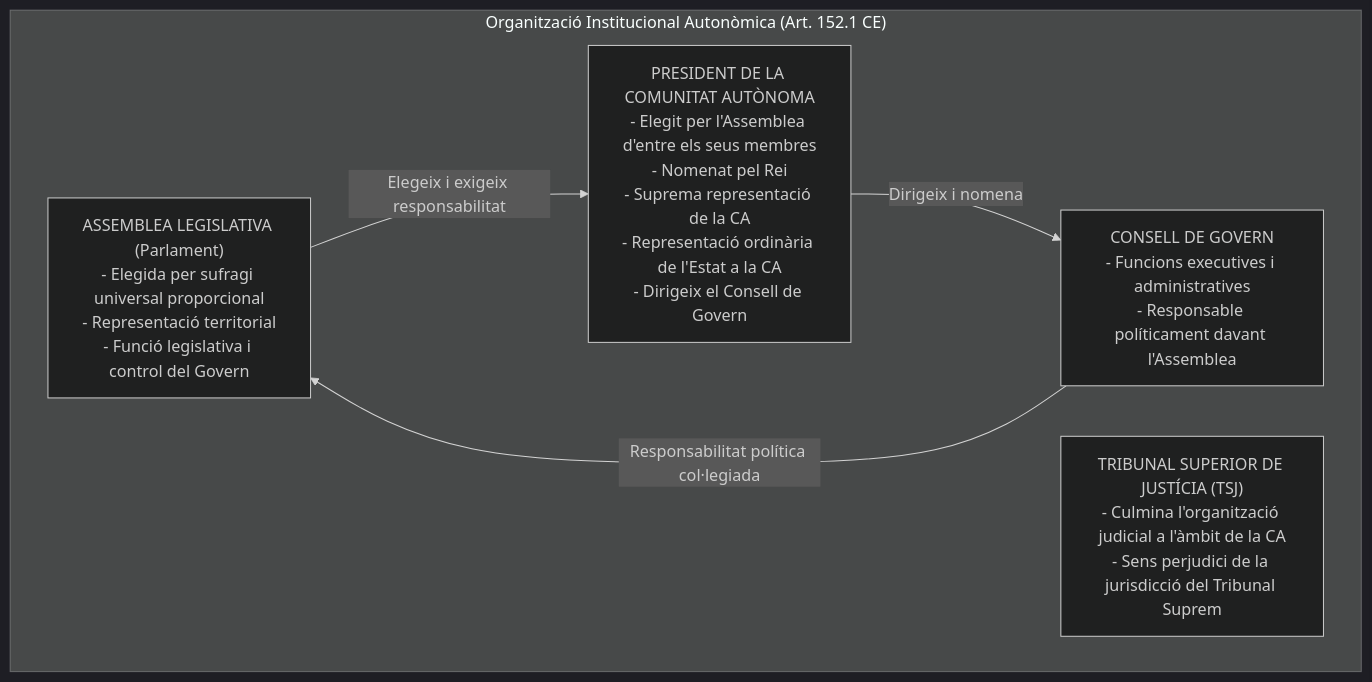
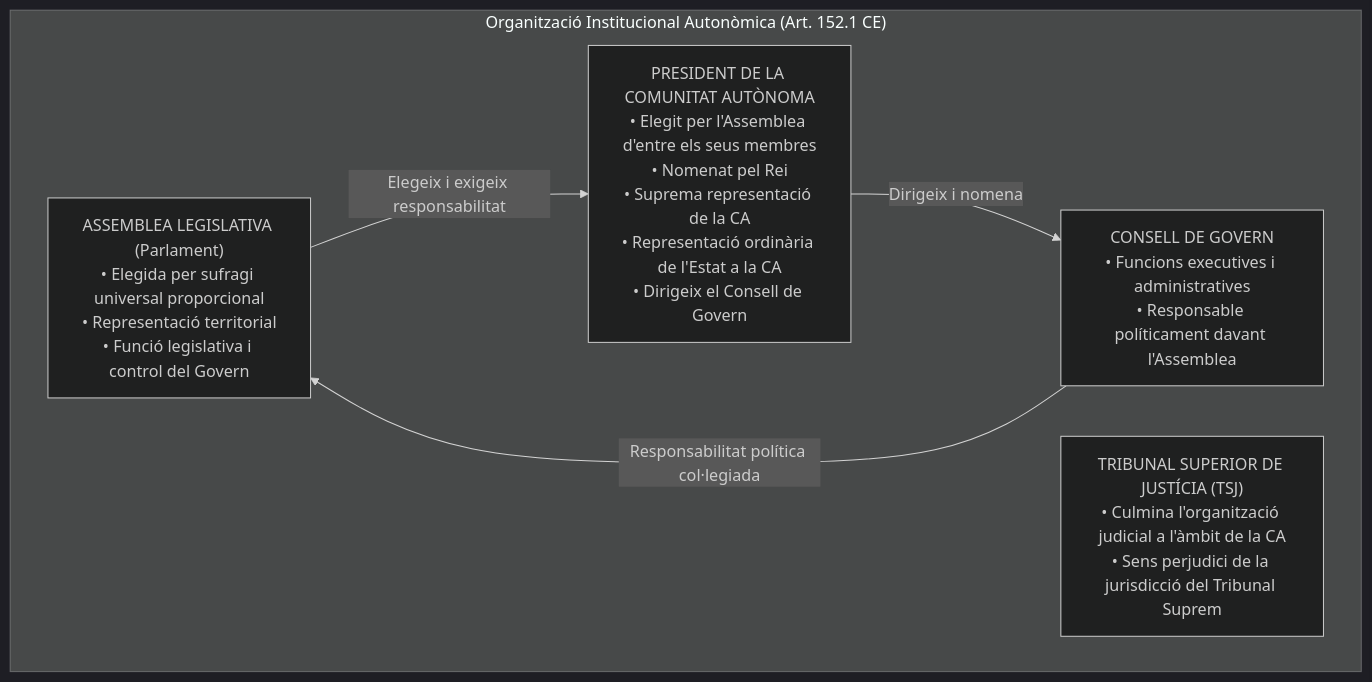
Before and after one commit to oriolmapu/opo: the fourth of 5 diagrams in part_general/02_constitucio_titol_viii_organitzacio_territorial.md, drawn with Mermaid (dark theme). The commit also changed 3 other files, not shown here.

Commit message:
Correcció i neteja exhaustiva de tots els diagrames Mermaid (compatibilitat 100%)

````diff
--- a/part_general/02_constitucio_titol_viii_organitzacio_territorial.md
+++ b/part_general/02_constitucio_titol_viii_organitzacio_territorial.md
@@ -277,13 +277,13 @@
 ```mermaid
-graph TD
+flowchart TD
     subgraph INSTITUCIONS_AUTONOMIQUES["Organització Institucional Autonòmica (Art. 152.1 CE)"]
-        Parlament["ASSEMBLEA LEGISLATIVA (Parlament)<br/>- Elegida per sufragi universal proporcional<br/>- Representació territorial<br/>- Funció legislativa i control del Govern"]
-        President["PRESIDENT DE LA COMUNITAT AUTÒNOMA<br/>- Elegit per l'Assemblea d'entre els seus membres<br/>- Nomenat pel Rei<br/>- Suprema representació de la CA<br/>- Representació ordinària de l'Estat a la CA<br/>- Dirigeix el Consell de Govern"]
-        Govern["CONSELL DE GOVERN<br/>- Funcions executives i administratives<br/>- Responsable políticament davant l'Assemblea"]
-        TSJ["TRIBUNAL SUPERIOR DE JUSTÍCIA (TSJ)<br/>- Culmina l'organització judicial a l'àmbit de la CA<br/>- Sens perjudici de la jurisdicció del Tribunal Suprem"]
+        Parlament["ASSEMBLEA LEGISLATIVA (Parlament)<br/>• Elegida per sufragi universal proporcional<br/>• Representació territorial<br/>• Funció legislativa i control del Govern"]
+        President["PRESIDENT DE LA COMUNITAT AUTÒNOMA<br/>• Elegit per l'Assemblea d'entre els seus membres<br/>• Nomenat pel Rei<br/>• Suprema representació de la CA<br/>• Representació ordinària de l'Estat a la CA<br/>• Dirigeix el Consell de Govern"]
+        Govern["CONSELL DE GOVERN<br/>• Funcions executives i administratives<br/>• Responsable políticament davant l'Assemblea"]
+        TSJ["TRIBUNAL SUPERIOR DE JUSTÍCIA (TSJ)<br/>• Culmina l'organització judicial a l'àmbit de la CA<br/>• Sens perjudici de la jurisdicció del Tribunal Suprem"]
     end
     
-    Parlament -- "Elegeix i exigeix responsabilitat" --> President
-    President -- "Dirigeix i nomena" --> Govern
-    Govern -- "Responsabilitat política col·legiada" --> Parlament
+    Parlament -->|"Elegeix i exigeix responsabilitat"| President
+    President -->|"Dirigeix i nomena"| Govern
+    Govern -->|"Responsabilitat política col·legiada"| Parlament
 ```
````
